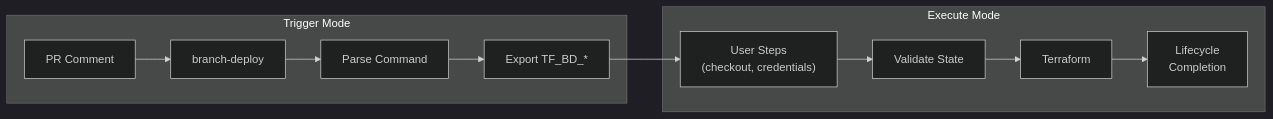
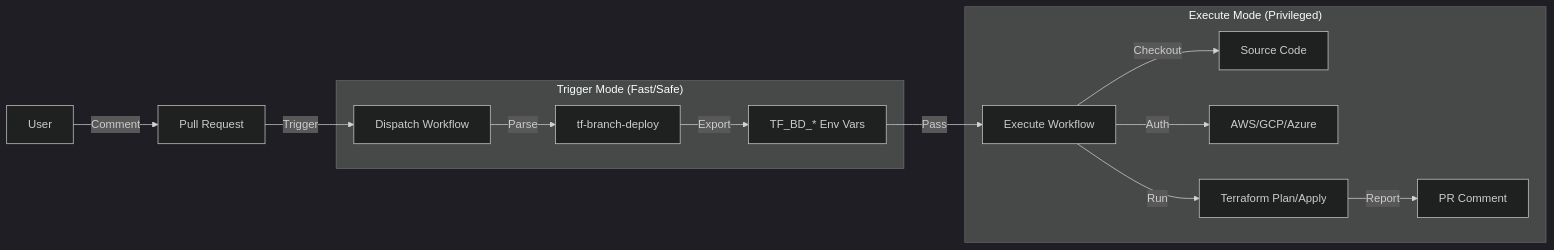
Before and after one commit to scarowar/terraform-branch-deploy: the diagram in README.md, drawn with Mermaid (dark theme). The commit also changed other lines of this file, not shown here.

````diff
--- a/README.md
+++ b/README.md
@@ -111,16 +39,19 @@
 ```mermaid
 flowchart LR
-    subgraph "Trigger Mode"
-        A[PR Comment] --> B[branch-deploy]
-        B --> C[Parse Command]
-        C --> D[Export TF_BD_*]
+    User[User] -->|Comment| PR[Pull Request]
+    PR -->|Trigger| Dispatch[Dispatch Workflow]
+    
+    subgraph "Trigger Mode (Fast/Safe)"
+        Dispatch -->|Parse| Action1[tf-branch-deploy]
+        Action1 -->|Export| Env[TF_BD_* Env Vars]
     end
     
-    D --> E["User Steps<br/>(checkout, credentials)"]
+    Env -->|Pass| Execute[Execute Workflow]
     
-    subgraph "Execute Mode"
-        E --> F[Validate State]
-        F --> G[Terraform]
-        G --> H[Lifecycle<br/>Completion]
+    subgraph "Execute Mode (Privileged)"
+        Execute -->|Checkout| Code[Source Code]
+        Execute -->|Auth| Cloud[AWS/GCP/Azure]
+        Execute -->|Run| Terraform[Terraform Plan/Apply]
+        Terraform -->|Report| Comment[PR Comment]
     end
 ```
````
